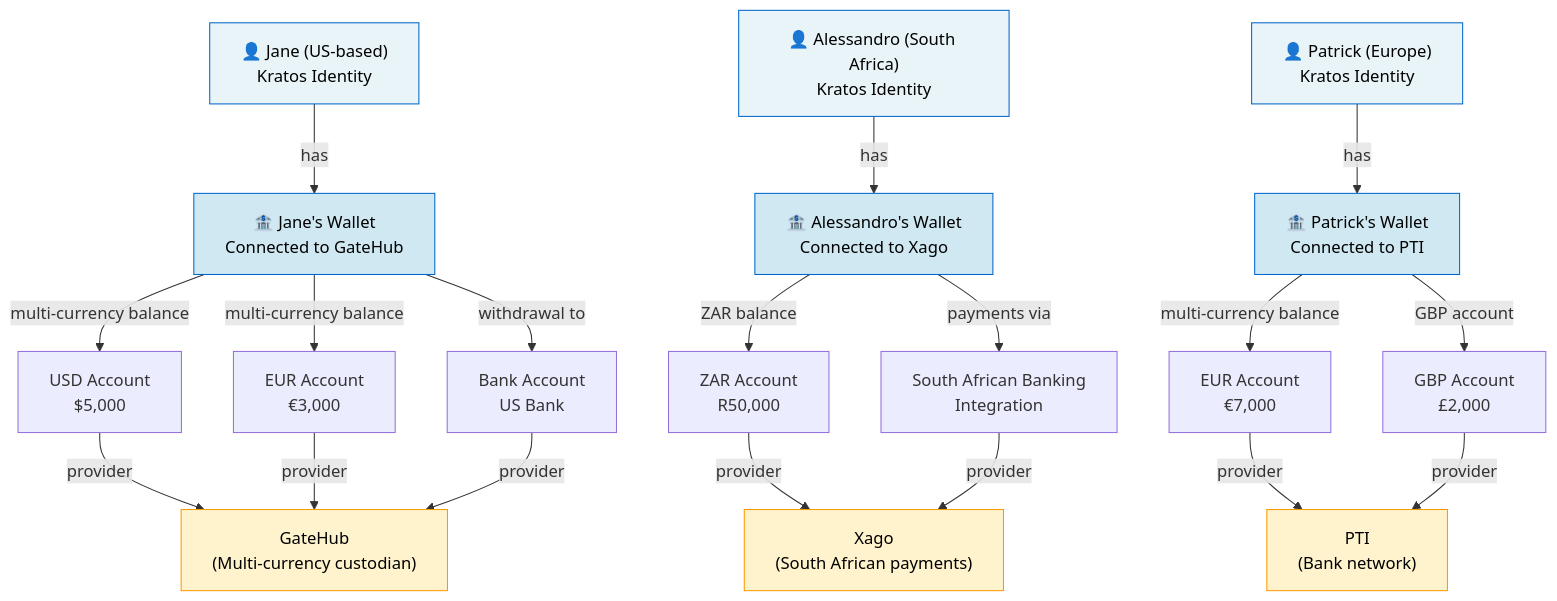
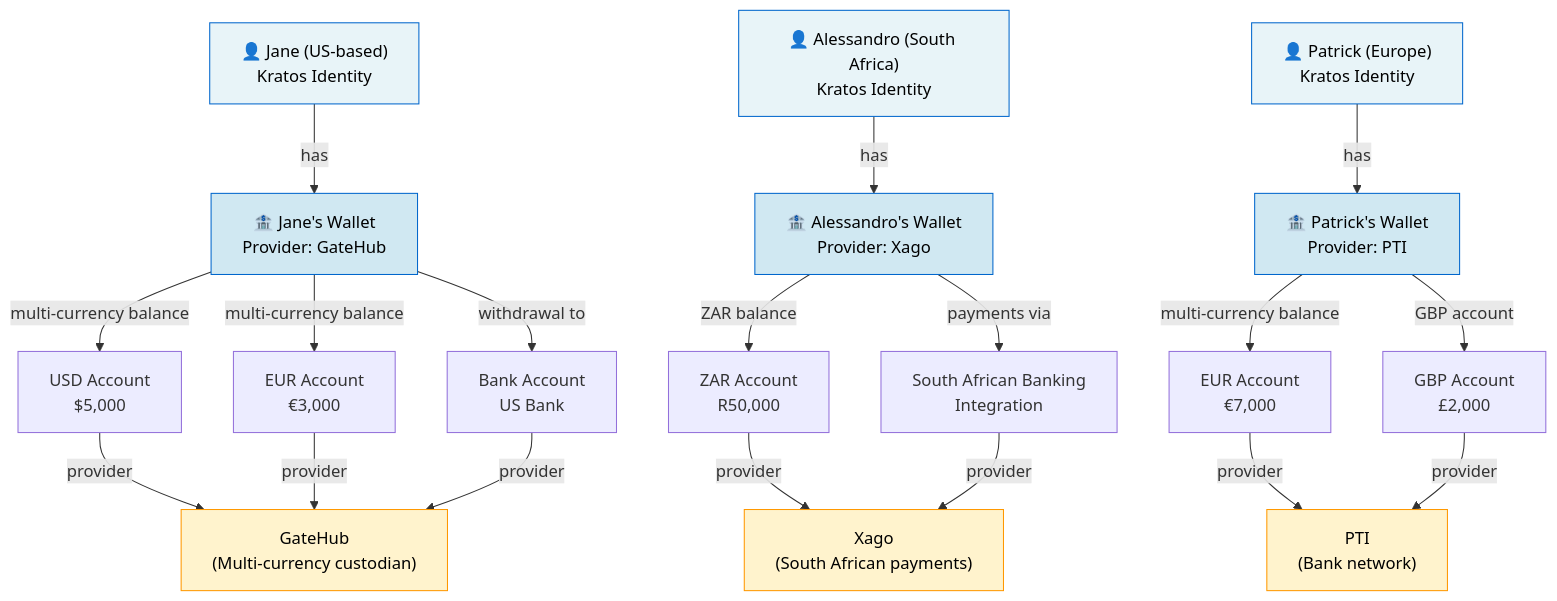
The first of 7 diagrams in documentation/docs/payments-explainer.md (interledger/interledger-app), drawn with Mermaid before and after one commit. The commit also changed other lines of this file and 8 other files, not shown here.

````diff
--- a/documentation/docs/payments-explainer.md
+++ b/documentation/docs/payments-explainer.md
@@ -53,39 +53,39 @@
 ```mermaid
 graph TD
     JaneUser["👤 Jane (US-based)<br/>Kratos Identity"]
-    JaneWallet["🏦 Jane's Wallet<br/>Connected to GateHub"]
+    JaneWallet["🏦 Jane's Wallet<br/>Provider: GateHub"]
     
     AlessandroUser["👤 Alessandro (South Africa)<br/>Kratos Identity"]
-    AlessandroWallet["🏦 Alessandro's Wallet<br/>Connected to Xago"]
+    AlessandroWallet["🏦 Alessandro's Wallet<br/>Provider: Xago"]
     
     PatrickUser["👤 Patrick (Europe)<br/>Kratos Identity"]
-    PatrickWallet["🏦 Patrick's Wallet<br/>Connected to PTI"]
+    PatrickWallet["🏦 Patrick's Wallet<br/>Provider: PTI"]
     
     JaneUser -->|has| JaneWallet
     AlessandroUser -->|has| AlessandroWallet
     PatrickUser -->|has| PatrickWallet
     
     JaneWallet -->|multi-currency balance| LA1["USD Account<br/>$5,000"]
     JaneWallet -->|multi-currency balance| LA2["EUR Account<br/>€3,000"]
     JaneWallet -->|withdrawal to| LA3["Bank Account<br/>US Bank"]
     
     AlessandroWallet -->|ZAR balance| LA4["ZAR Account<br/>R50,000"]
     AlessandroWallet -->|payments via| LA5["South African Banking<br/>Integration"]
     
     PatrickWallet -->|multi-currency balance| LA6["EUR Account<br/>€7,000"]
     PatrickWallet -->|GBP account| LA7["GBP Account<br/>£2,000"]
     
     LA1 & LA2 & LA3 -->|provider| GH["GateHub<br/>(Multi-currency custodian)"]
     LA4 & LA5 -->|provider| XG["Xago<br/>(South African payments)"]
     LA6 & LA7 -->|provider| PTI["PTI<br/>(Bank network)"]
     
     style JaneUser fill:#e8f4f8,stroke:#0066cc,color:#000
     style JaneWallet fill:#d0e8f2,stroke:#0066cc,color:#000
     style AlessandroUser fill:#e8f4f8,stroke:#0066cc,color:#000
     style AlessandroWallet fill:#d0e8f2,stroke:#0066cc,color:#000
     style PatrickUser fill:#e8f4f8,stroke:#0066cc,color:#000
     style PatrickWallet fill:#d0e8f2,stroke:#0066cc,color:#000
     style GH fill:#fff3cd,stroke:#ff9800,color:#000
     style XG fill:#fff3cd,stroke:#ff9800,color:#000
     style PTI fill:#fff3cd,stroke:#ff9800,color:#000
 ```
````
